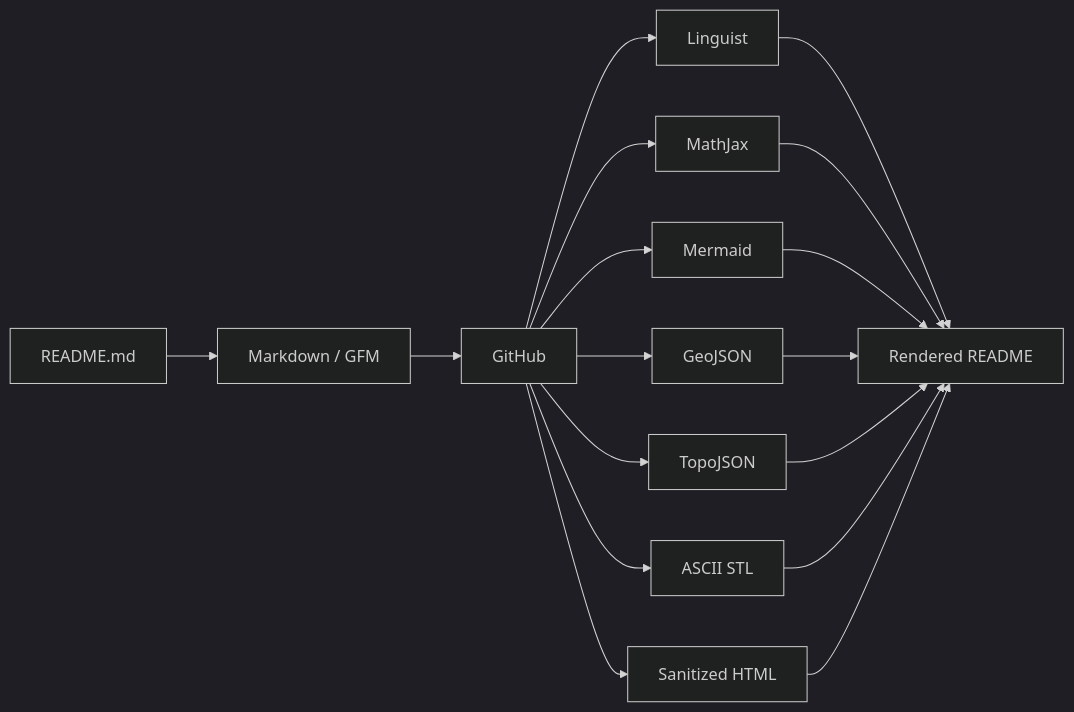
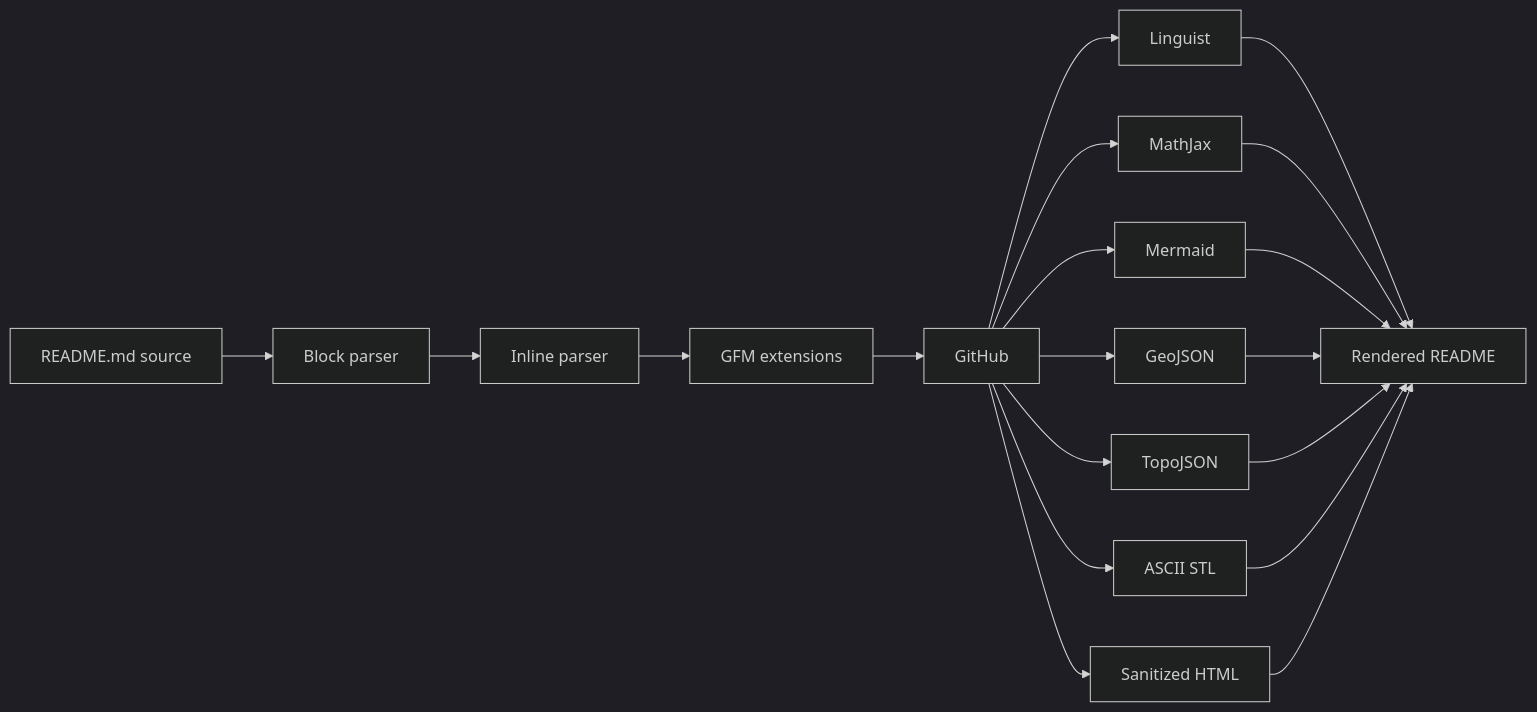
Before and after one commit to thiepn/markdown: the first of 4 diagrams in README.md, drawn with Mermaid (dark theme). The commit also changed other lines of this file, not shown here.

Commit message:
M13: full parser and edge-case torture test

````diff
--- a/README.md
+++ b/README.md
@@ -85,19 +75,21 @@
 ```mermaid
 flowchart LR
-    A[README.md] --> B[Markdown / GFM]
-    B --> GH[GitHub]
+    SRC[README.md source] --> BLOCK[Block parser]
+    BLOCK --> INLINE[Inline parser]
+    INLINE --> GFM[GFM extensions]
+    GFM --> GH[GitHub]
     GH --> L[Linguist]
     GH --> MJ[MathJax]
     GH --> MM[Mermaid]
     GH --> GJ[GeoJSON]
     GH --> TJ[TopoJSON]
     GH --> STL[ASCII STL]
-    GH --> H[Sanitized HTML]
+    GH --> HTML[Sanitized HTML]
     L --> OUT[Rendered README]
     MJ --> OUT
     MM --> OUT
     GJ --> OUT
     TJ --> OUT
     STL --> OUT
-    H --> OUT
+    HTML --> OUT
 ```
````
